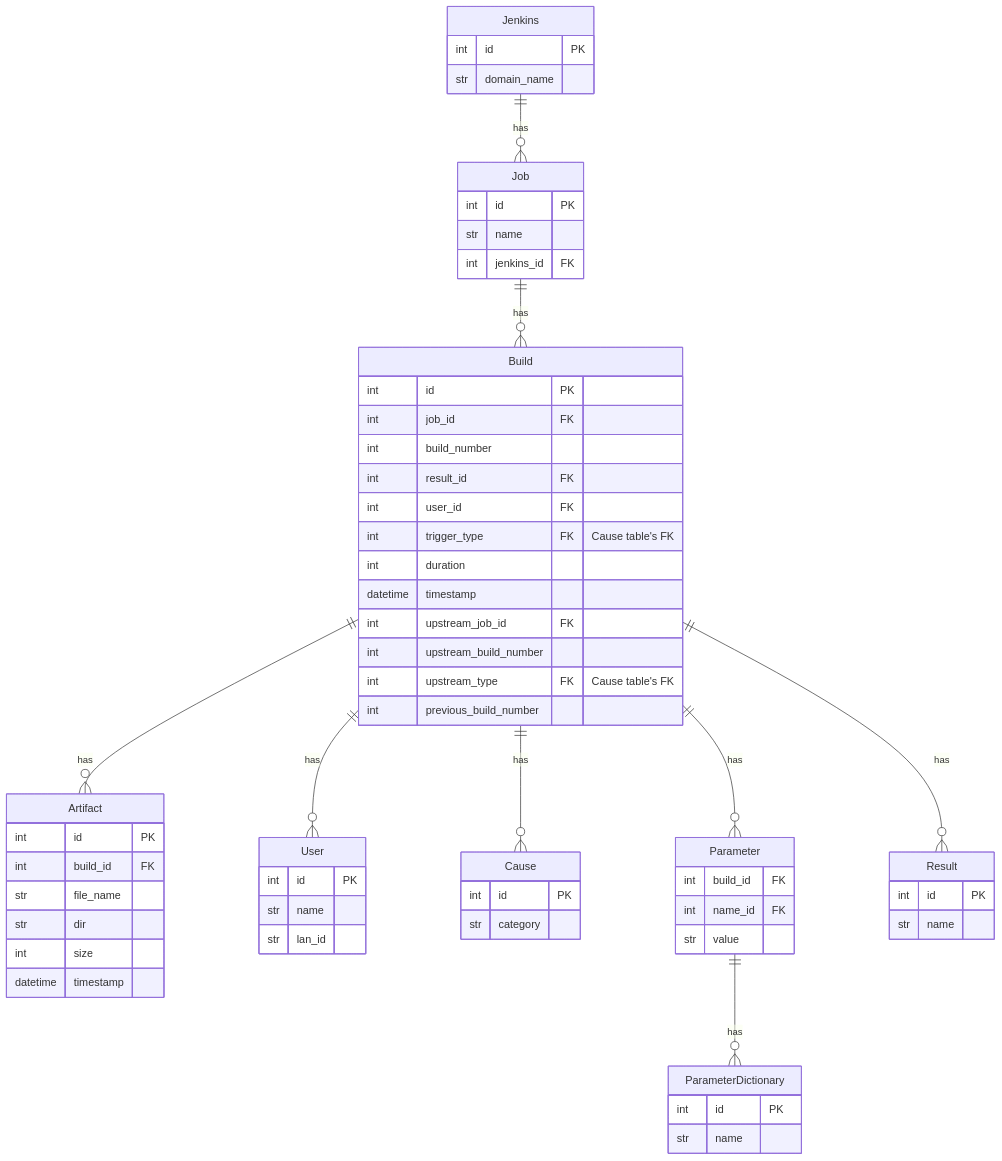
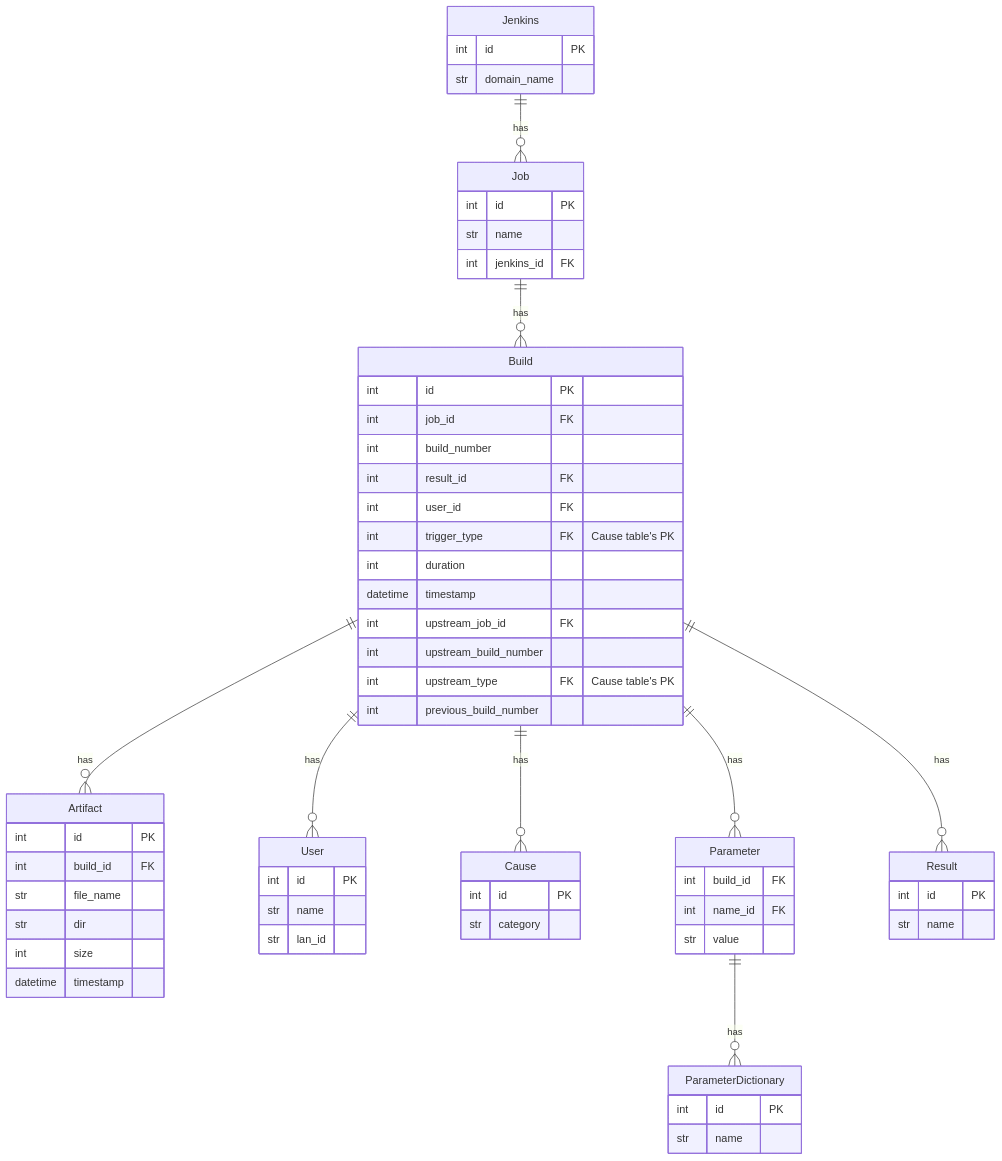
Before and after one commit to maxleow/duck_jenkins: the diagram in README.md, drawn with Mermaid.

Commit message:
adding mermaid diagram

````diff
--- a/README.md
+++ b/README.md
@@ -39,64 +39,64 @@
 ```mermaid
 erDiagram
     Jenkins ||--o{ Job: has
     Job ||--o{ Build: has
     Build ||--o{ Artifact: has
     Build ||--o{ User: has
     Build ||--o{ Cause: has
     Build ||--o{ Parameter: has
     Build ||--o{ Result: has
     Parameter ||--o{ ParameterDictionary: has
     Jenkins{
         int id PK
         str domain_name
     }
     Job{
         int id  PK
         str name
         int jenkins_id FK
     }
     Result{
         int id PK
         str name
     }
     User{
         int id PK
         str name
         str lan_id
     }
     Cause{
         int id PK
         str category
     }
     Build{
         int id               PK
         int job_id           FK
         int build_number
         int result_id        FK
         int user_id          FK 
-        int trigger_type     FK "Cause table's FK"
+        int trigger_type     FK "Cause table's PK"
         int duration
         datetime timestamp
         int upstream_job_id FK
         int upstream_build_number
-        int upstream_type   FK "Cause table's FK"
+        int upstream_type   FK "Cause table's PK"
         int previous_build_number
     }
     ParameterDictionary{
         int id PK
         str name
     }
     Parameter{
         int build_id FK
         int name_id  FK
         str value
     }
     Artifact{
         int id        PK
         int build_id  FK
         str file_name
         str dir
         int size
         datetime timestamp
     }
 ```
````
